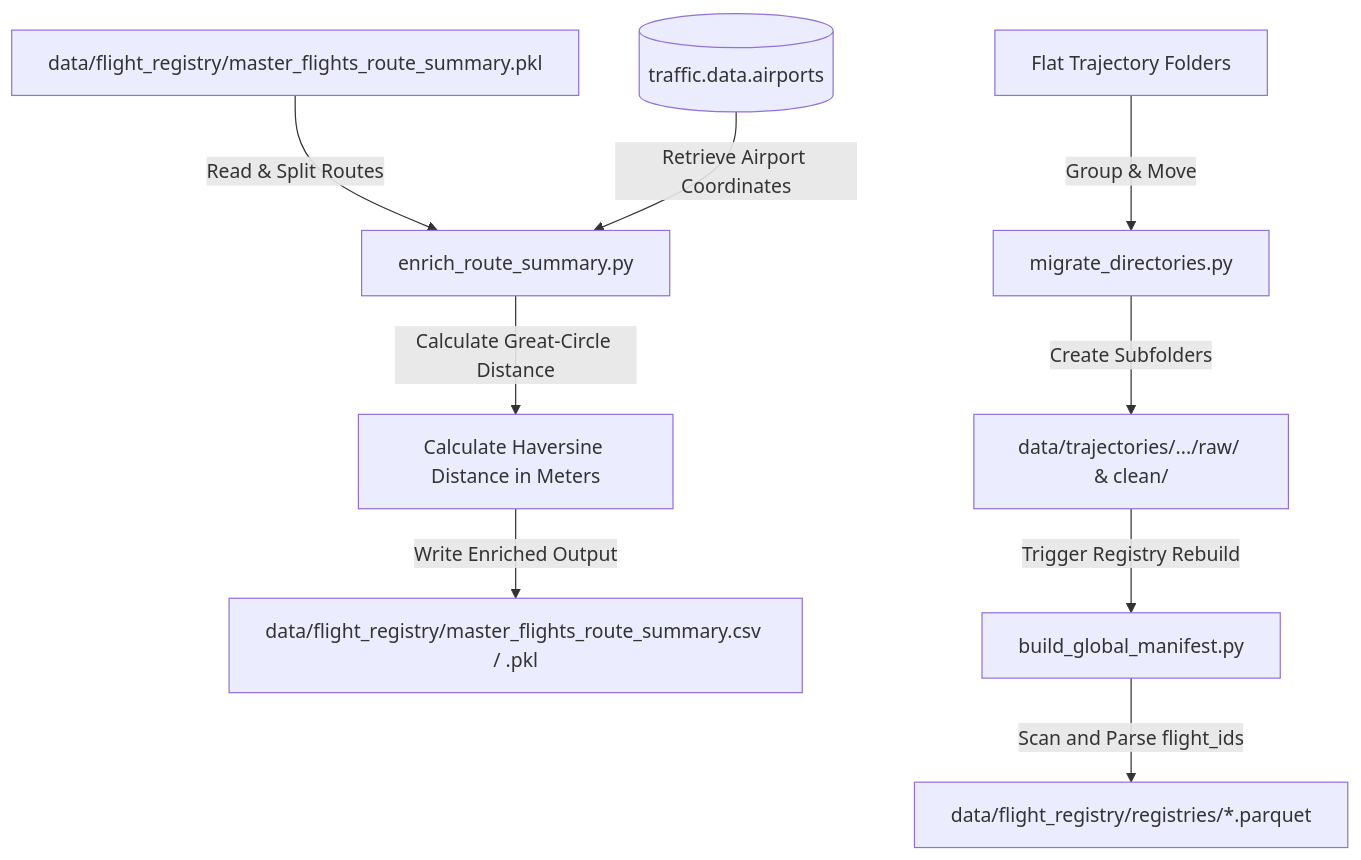
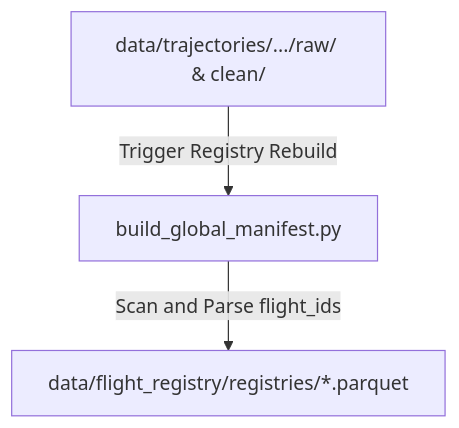
One commit to Bauzement123/flight-physics-pipeline changed the diagram in src/common/README.md. Above: the diagram before and after it, drawn with Mermaid. The commit also changed other lines of this file and 7 other files, not shown here.

First line of the commit message:
refactor(common, acquisition): relocate enrich_route_summary and migrate_directories, clean scratchpad

````diff
--- a/src/common/README.md
+++ b/src/common/README.md
@@ -64,12 +52,5 @@
 ```mermaid
 graph TD
-    A[data/flight_registry/master_flights_route_summary.pkl] -->|Read & Split Routes| B[enrich_route_summary.py]
-    C[(traffic.data.airports)] -->|Retrieve Airport Coordinates| B
-    B -->|Calculate Great-Circle Distance| D[Calculate Haversine Distance in Meters]
-    D -->|Write Enriched Output| E[data/flight_registry/master_flights_route_summary.csv / .pkl]
-
-    F[Flat Trajectory Folders] -->|Group & Move| G[migrate_directories.py]
-    G -->|Create Subfolders| H[data/trajectories/.../raw/ & clean/]
-    H -->|Trigger Registry Rebuild| I[build_global_manifest.py]
+    H[data/trajectories/.../raw/ & clean/] -->|Trigger Registry Rebuild| I[build_global_manifest.py]
     I -->|Scan and Parse flight_ids| J[data/flight_registry/registries/*.parquet]
 ```
````
